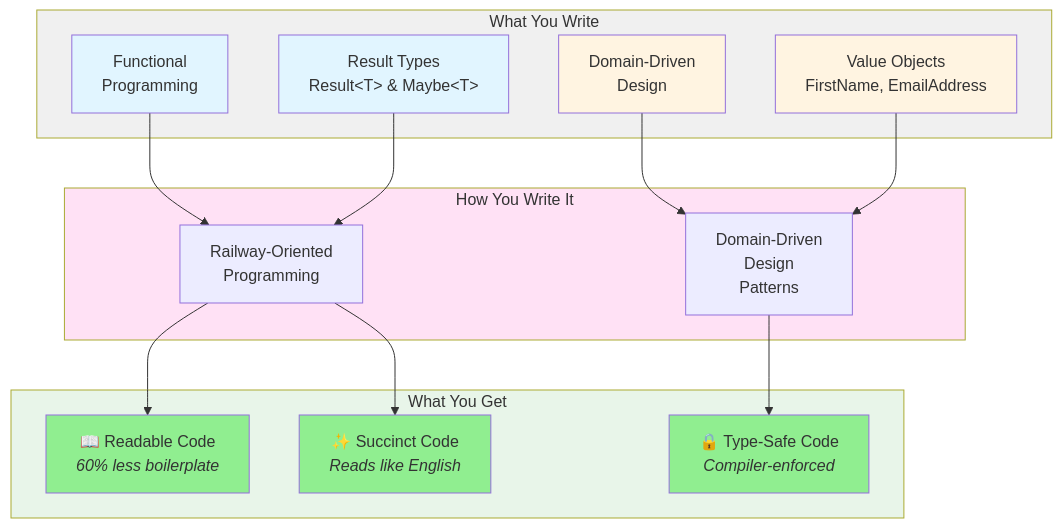
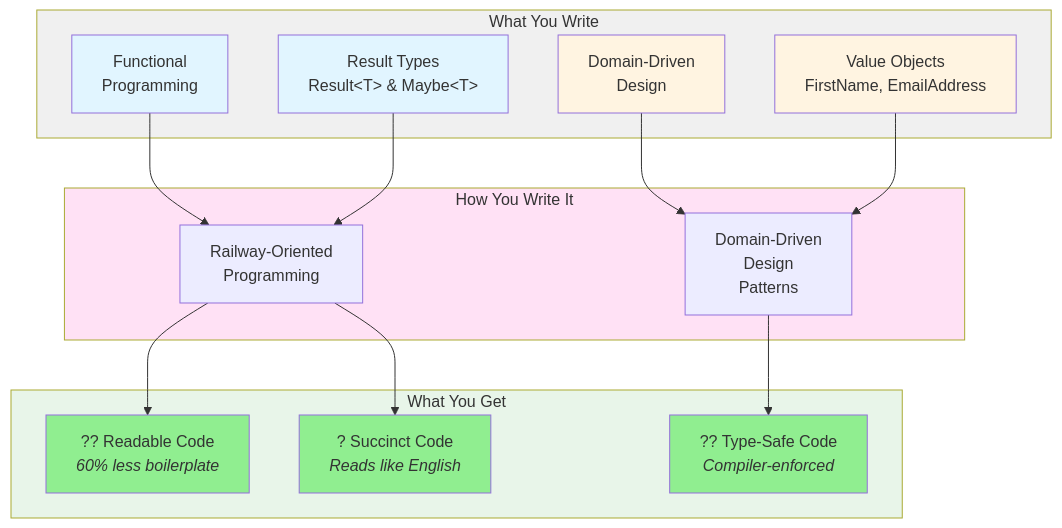
Before and after one commit to xavierjohn/FunctionalDDD: the first of 2 diagrams in docs/docfx_project/index.md, drawn with Mermaid. The commit also changed other lines of this file and 14 other files, not shown here.

````diff
--- a/docs/docfx_project/index.md
+++ b/docs/docfx_project/index.md
@@ -5,42 +5,42 @@
 ```mermaid
 graph TB
     subgraph Input["What You Write"]
         FP[Functional<br/>Programming]
         RT[Result Types<br/>Result&lt;T&gt; & Maybe&lt;T&gt;]
         DDD_IN[Domain-Driven<br/>Design]
         VO[Value Objects<br/>FirstName, EmailAddress]
     end
     
     subgraph Pattern["How You Write It"]
         ROP[Railway-Oriented<br/>Programming]
         DDD_PAT[Domain-Driven<br/>Design<br/>Patterns]
     end
     
     subgraph Output["What You Get"]
-        READ[📖 Readable Code<br/><i>60% less boilerplate</i>]
-        SUCC[✨ Succinct Code<br/><i>Reads like English</i>]
-        SAFE[🔒 Type-Safe Code<br/><i>Compiler-enforced</i>]
+        READ[?? Readable Code<br/><i>60% less boilerplate</i>]
+        SUCC[? Succinct Code<br/><i>Reads like English</i>]
+        SAFE[?? Type-Safe Code<br/><i>Compiler-enforced</i>]
     end
     
     FP --> ROP
     RT --> ROP
     DDD_IN --> DDD_PAT
     VO --> DDD_PAT
     
     ROP --> READ
     ROP --> SUCC
     DDD_PAT --> SAFE
     
     style Input fill:#F0F0F0
     style Pattern fill:#FFE1F5
     style Output fill:#E8F5E9
     
     style FP fill:#E1F5FF
     style RT fill:#E1F5FF
     style DDD_IN fill:#FFF4E1
     style VO fill:#FFF4E1
     
     style READ fill:#90EE90
     style SUCC fill:#90EE90
     style SAFE fill:#90EE90
 ```
````
